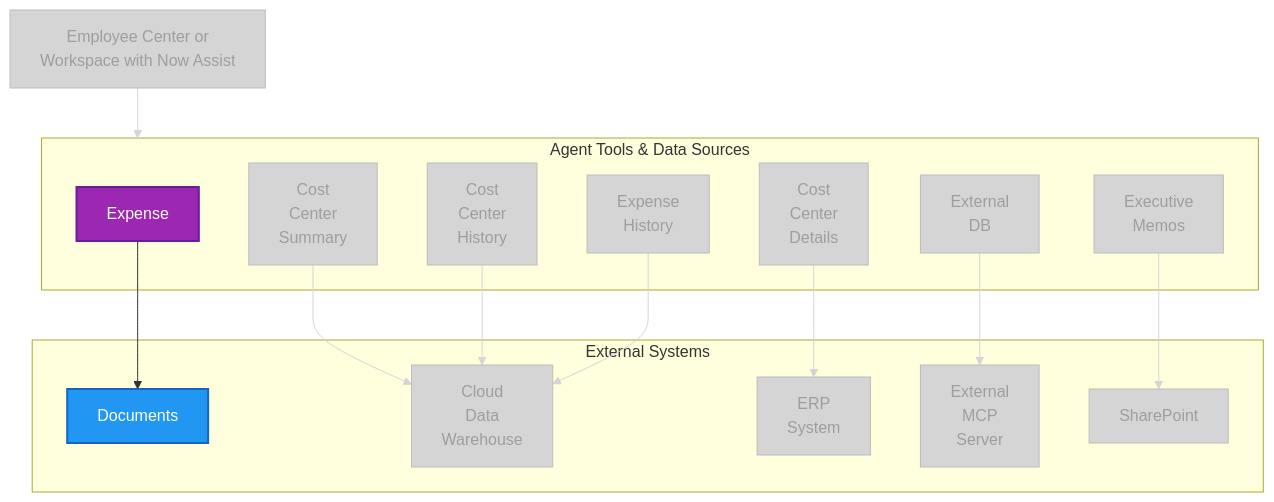
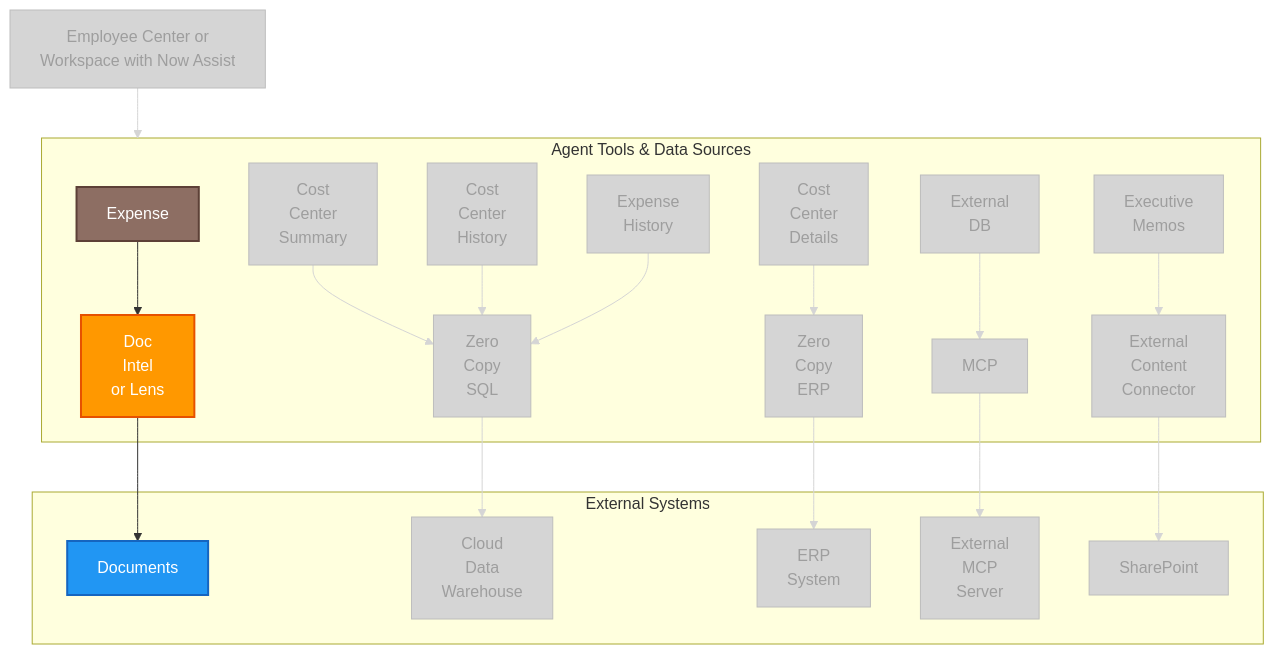
The diagram in other-diagrams/outcome-agent-flow-doc-intelligence.md (leojacinto/WorkflowDataFabric-TypeB), drawn with Mermaid before and after one commit. The commit also changed other lines of this file and 3 other files, not shown here.

Commit message:
Add Doc Intel or Lens (orange) to Document Intelligence variant: Expense → Doc Intel or Lens → Documents

````diff
--- a/other-diagrams/outcome-agent-flow-doc-intelligence.md
+++ b/other-diagrams/outcome-agent-flow-doc-intelligence.md
@@ -6,54 +6,67 @@
 ```mermaid
 graph TD
 
     EC[Employee Center or<br/>Workspace with Now Assist]
   
     subgraph TOOLS["Agent Tools & Data Sources"]
-        T1["Expense<br/>"]
+        T1["Expense"]
         T2["Cost<br/>Center<br/>Details"]
         T3["Cost<br/>Center<br/>Summary"]        
         T4["Cost<br/>Center<br/>History"]
         T5["Expense<br/>History"]
         T6["External<br/>DB"]
         T7["Executive<br/>Memos"]
+        S_DI["Doc<br/>Intel<br/>or Lens"]
+        S2["Zero<br/>Copy<br/>ERP"]
+        S3["Zero<br/>Copy<br/>SQL"]        
+        S6["MCP"]
+        S7["External<br/>Content<br/>Connector"]
     end
 
     subgraph EXT["External Systems"]
         DOCS["Documents"]
         CDW["Cloud<br/>Data<br/>Warehouse"]
         ERP["ERP<br>System"]
         MCP_EXT["External<br/>MCP<br/>Server"]
         SharePoint["SharePoint"]
     end
     
     EC --> TOOLS
-    T1 --> DOCS
-    T2 --> ERP
-    T3 --> CDW
-    T4 --> CDW
-    T5 --> CDW
-    T6 --> MCP_EXT
-    T7 --> SharePoint
+    T1 --> S_DI --> DOCS
+    T2 --> S2 --> ERP
+    T3 --> S3 --> CDW
+    T4 --> S3 
+    T5 --> S3 
+    T6 --> S6 --> MCP_EXT
+    T7 --> S7 --> SharePoint
 
     %% Styling
     classDef external fill:#2196F3,stroke:#1565C0,stroke-width:2px,color:#fff
     classDef wdf fill:#9C27B0,stroke:#6A1B9A,stroke-width:2px,color:#fff
+    classDef data fill:#8D6E63,stroke:#5D4037,stroke-width:2px,color:#fff
+    classDef docintel fill:#FF9800,stroke:#E65100,stroke-width:2px,color:#fff
     classDef greyed fill:#D5D5D5,stroke:#BDBDBD,stroke-width:1px,color:#9E9E9E
 
-    %% Highlight Expense and Documents
-    class T1 wdf
+    %% Highlight Expense → Doc Intel or Lens → Documents
+    class T1 data
+    class S_DI docintel
     class DOCS external
 
     %% Grey out everything else
     class EC,T2,T3,T4,T5,T6,T7 greyed
+    class S2,S3,S6,S7 greyed
     class CDW,ERP,MCP_EXT,SharePoint greyed
 
-    %% Grey out non-highlighted edges (0:EC→TOOLS, 2:T2→ERP, 3:T3→CDW, 4:T4→CDW, 5:T5→CDW, 6:T6→MCP_EXT, 7:T7→SharePoint)
+    %% Grey out non-highlighted edges (keep 1:T1→S_DI, 2:S_DI→DOCS)
     linkStyle 0 stroke:#D5D5D5,stroke-width:1px
-    linkStyle 2 stroke:#D5D5D5,stroke-width:1px
     linkStyle 3 stroke:#D5D5D5,stroke-width:1px
     linkStyle 4 stroke:#D5D5D5,stroke-width:1px
     linkStyle 5 stroke:#D5D5D5,stroke-width:1px
     linkStyle 6 stroke:#D5D5D5,stroke-width:1px
     linkStyle 7 stroke:#D5D5D5,stroke-width:1px
+    linkStyle 8 stroke:#D5D5D5,stroke-width:1px
+    linkStyle 9 stroke:#D5D5D5,stroke-width:1px
+    linkStyle 10 stroke:#D5D5D5,stroke-width:1px
+    linkStyle 11 stroke:#D5D5D5,stroke-width:1px
+    linkStyle 12 stroke:#D5D5D5,stroke-width:1px
 ```
````
